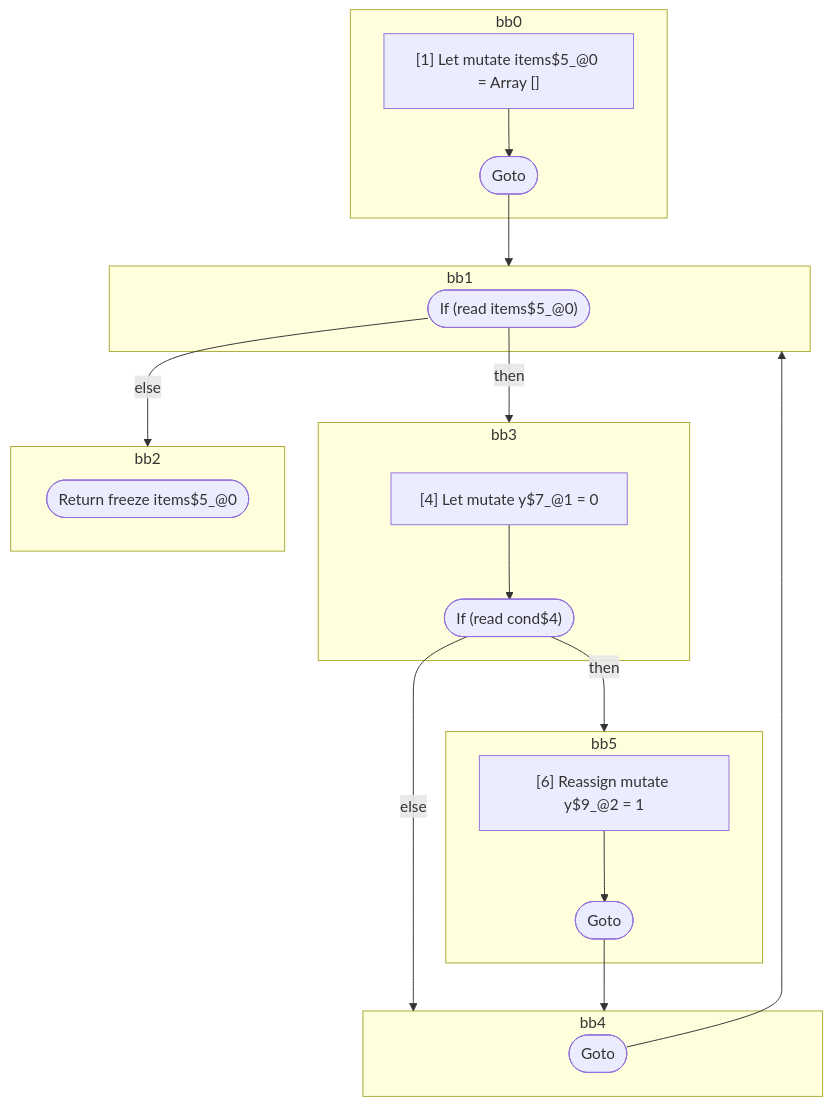
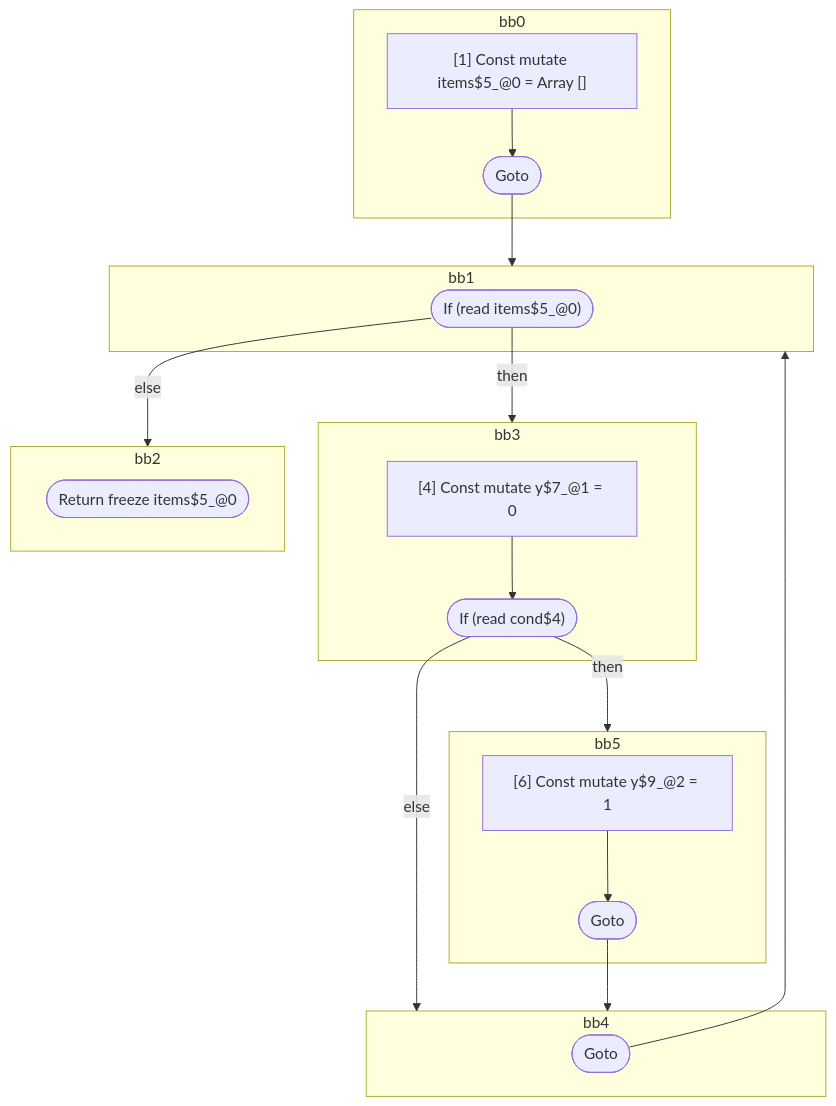
One commit to wutsmog/private changed the diagram in compiler/forget/src/__tests__/fixtures/hir/ssa-for-of.expect.md. Above: the diagram before and after it, drawn with Mermaid. The commit also changed other lines of this file and 61 other files, not shown here.

````diff
--- a/compiler/forget/src/__tests__/fixtures/hir/ssa-for-of.expect.md
+++ b/compiler/forget/src/__tests__/fixtures/hir/ssa-for-of.expect.md
@@ -46,41 +46,41 @@
 ```mermaid
 flowchart TB
   %% Basic Blocks
   subgraph bb0
     bb0_instrs["
-      [1] Let mutate items$5_@0 = Array []
+      [1] Const mutate items$5_@0 = Array []
     "]
     bb0_instrs --> bb0_terminal(["Goto"])
   end
   subgraph bb1
     bb1_terminal(["If (read items$5_@0)"])
   end
   subgraph bb3
     bb3_instrs["
-      [4] Let mutate y$7_@1 = 0
+      [4] Const mutate y$7_@1 = 0
     "]
     bb3_instrs --> bb3_terminal(["If (read cond$4)"])
   end
   subgraph bb5
     bb5_instrs["
-      [6] Reassign mutate y$9_@2 = 1
+      [6] Const mutate y$9_@2 = 1
     "]
     bb5_instrs --> bb5_terminal(["Goto"])
   end
   subgraph bb4
     bb4_terminal(["Goto"])
   end
   subgraph bb2
     bb2_terminal(["Return freeze items$5_@0"])
   end
 
   %% Jumps
   bb0_terminal --> bb1
   bb1_terminal -- "then" --> bb3
   bb1_terminal -- "else" --> bb2
   bb3_terminal -- "then" --> bb5
   bb3_terminal -- "else" --> bb4
   bb5_terminal --> bb4
   bb4_terminal --> bb1
 
 ```
````
